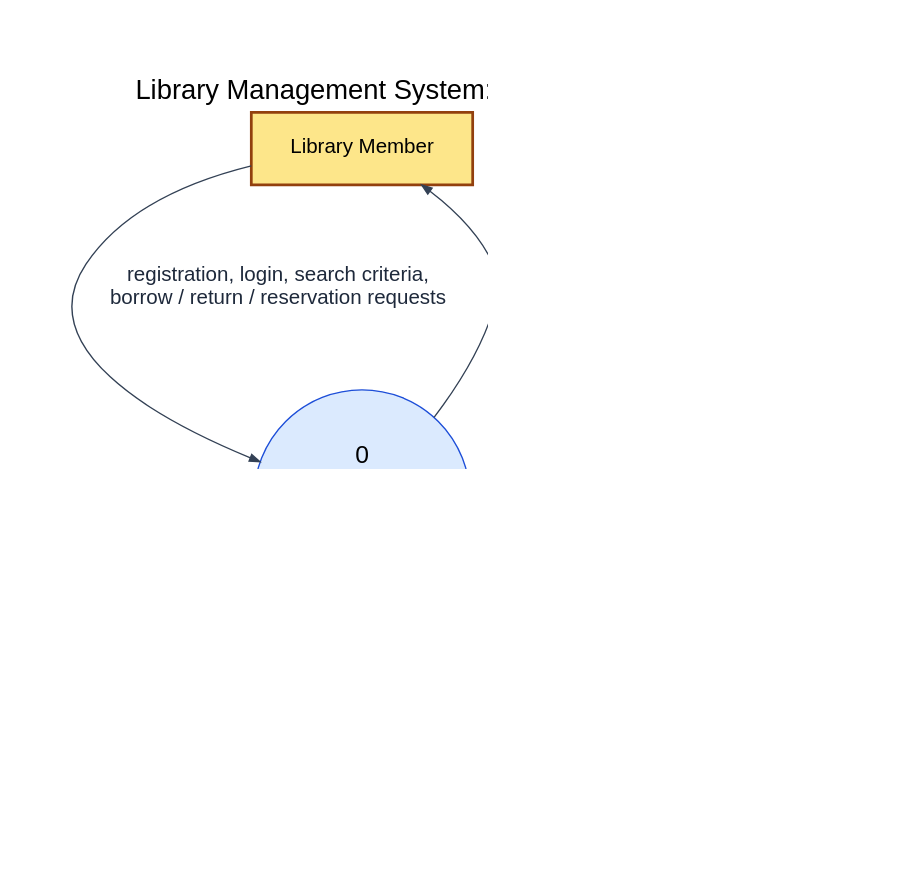
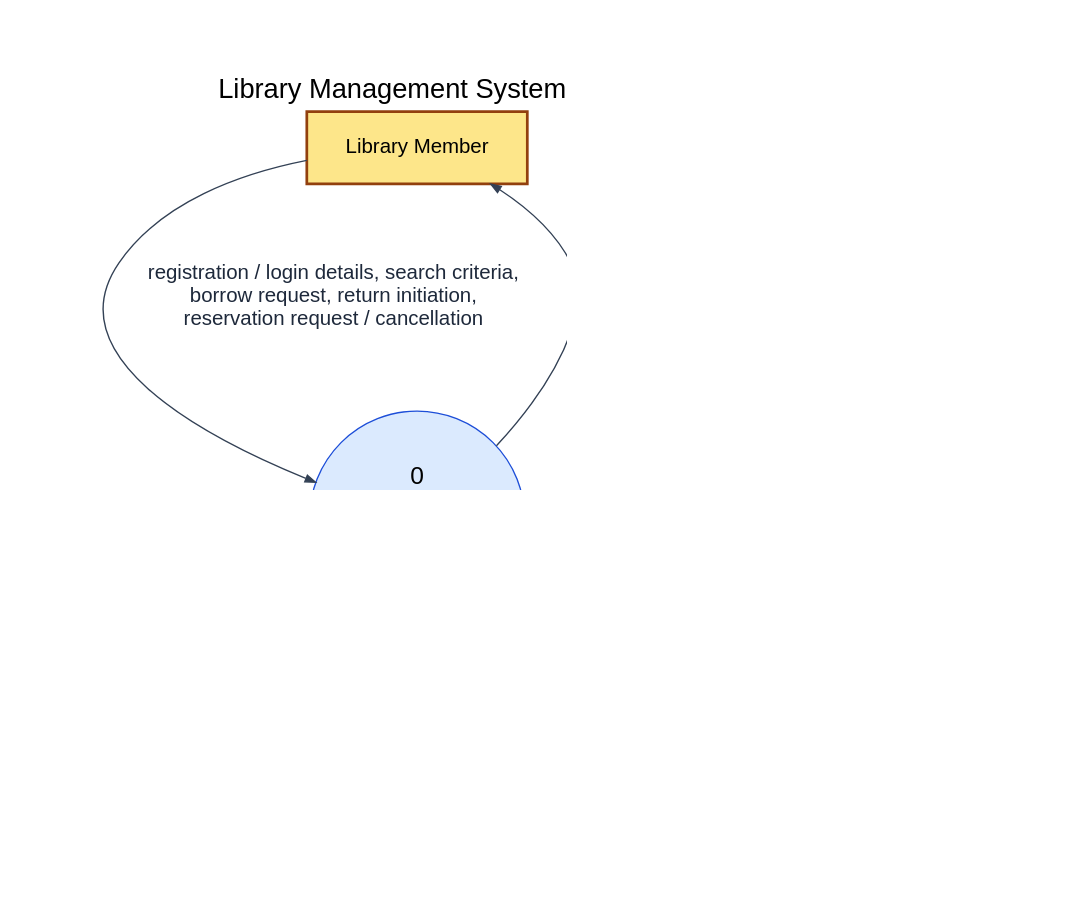
One commit to Hassan3443/library-management-system changed the diagram in diagrams/dfd0.dot. Above: the diagram before and after it, drawn with Graphviz. The commit also changed 13 other files, not shown here.

Commit message:
Diagrams: balance DFD0/DFD1, drop scheduler actor, add reject/approve ops, limit counts pending, re-check at confirm, activity lanes, README notes

```diff
--- a/diagrams/dfd0.dot
+++ b/diagrams/dfd0.dot
@@ -1,12 +1,12 @@
 digraph DFD0 {
   graph [rankdir=TB, nodesep=1.2, ranksep=1.6, fontname="Helvetica", labelloc=t, fontsize=20, label="Library Management System: Context Diagram (DFD Level 0)\n", dpi=150, pad=0.7, margin=0.3, bgcolor=white];
   node [fontname="Helvetica", fontsize=15];
   edge [fontname="Helvetica", fontsize=15, color="#334155", fontcolor="#1e293b", arrowsize=0.75];
   M [label="Library Member", shape=box, style="filled,bold", fillcolor="#fde68a", color="#92400e", margin="0.3,0.25"];
   L [label="Librarian", shape=box, style="filled,bold", fillcolor="#fde68a", color="#92400e", margin="0.3,0.25"];
   S [label="0\nLibrary\nManagement\nSystem", shape=circle, style=filled, fillcolor="#dbeafe", color="#1d4ed8", width=2.2, fixedsize=true, fontsize=18];
-  M -> S [label="registration, login, search criteria,\nborrow / return / reservation requests"];
-  S -> M [label="book availability, loans,\nfines, notifications, queue position"];
-  L -> S [label="catalog and copy changes,\nloan confirmations, return processing,\nmember actions, fine payments, login details"];
-  S -> L [label="pending requests, overdue report,\nmember list, reservation queues,\nlogin result"];
+  M -> S [label="registration / login details, search criteria,\nborrow request, return initiation,\nreservation request / cancellation"];
+  S -> M [label="login result, book details + availability,\nrequest status, current loans and borrowing history,\nfines, notifications, queue position"];
+  L -> S [label="login details, book / copy changes,\nconfirmation or rejection, return confirmation,\nmember account actions, fine payment,\nreservation queue request"];
+  S -> L [label="login result, pending requests, overdue report,\nmember list, reservation queues"];
 }
```
